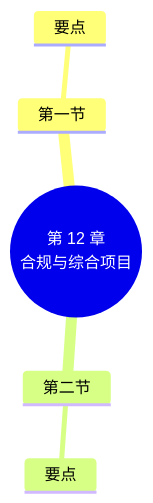
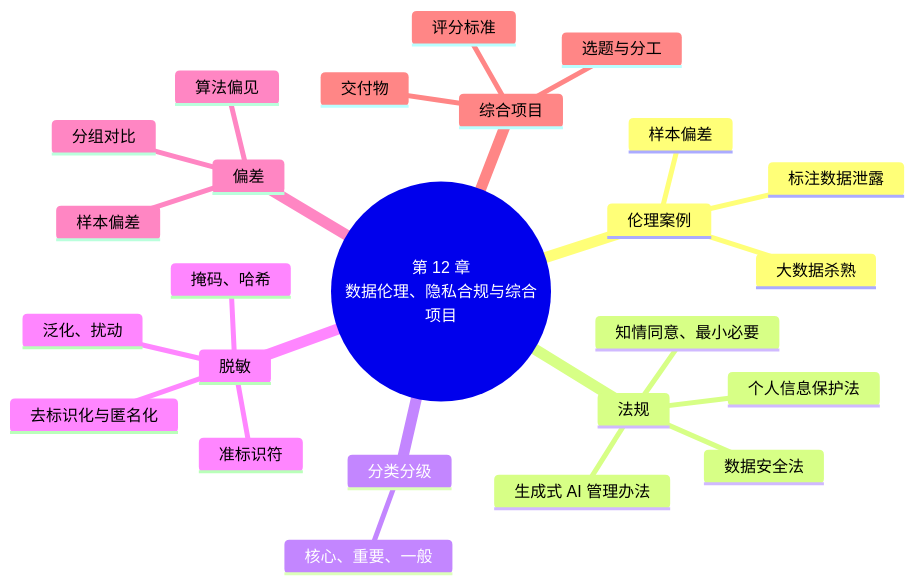
One commit to MingziFu9/ai-data-analysis changed the diagram in docs/chapters/12-ethics-project/index.md. Above: the diagram before and after it, drawn with Mermaid. The commit also changed other lines of this file and 15 other files, not shown here.

First line of the commit message:
第 12 章 数据伦理、隐私合规与综合项目；实验环境 requirements 与数据说明

````diff
--- a/docs/chapters/12-ethics-project/index.md
+++ b/docs/chapters/12-ethics-project/index.md
@@ -188,8 +482,28 @@
 ```mermaid
 mindmap
-  root((第 12 章<br/>合规与综合项目))
-    第一节
-      要点
-    第二节
-      要点
+  root((第 12 章<br/>数据伦理、隐私合规与综合项目))
+    伦理案例
+      大数据杀熟
+      标注数据泄露
+      样本偏差
+    法规
+      个人信息保护法
+      数据安全法
+      生成式 AI 管理办法
+      知情同意、最小必要
+    分类分级
+      核心、重要、一般
+    脱敏
+      掩码、哈希
+      泛化、扰动
+      准标识符
+      去标识化与匿名化
+    偏差
+      样本偏差
+      算法偏见
+      分组对比
+    综合项目
+      选题与分工
+      交付物
+      评分标准
 ```
````
